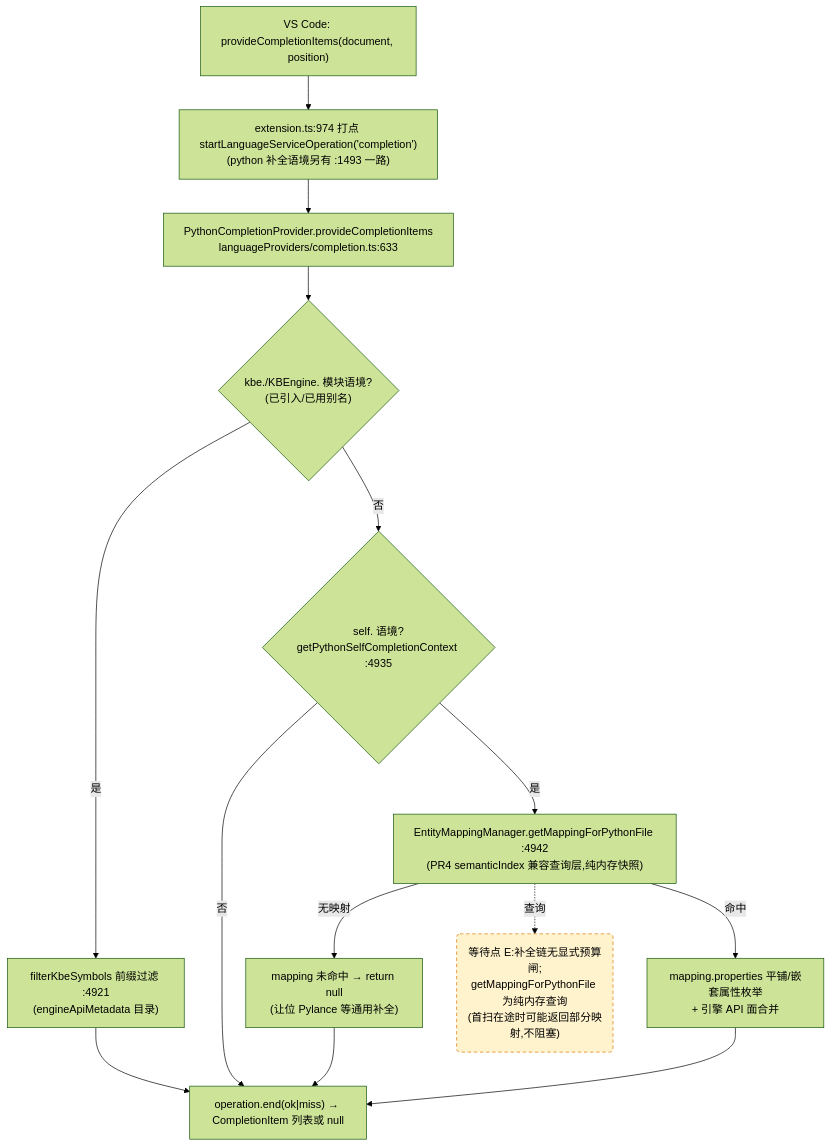
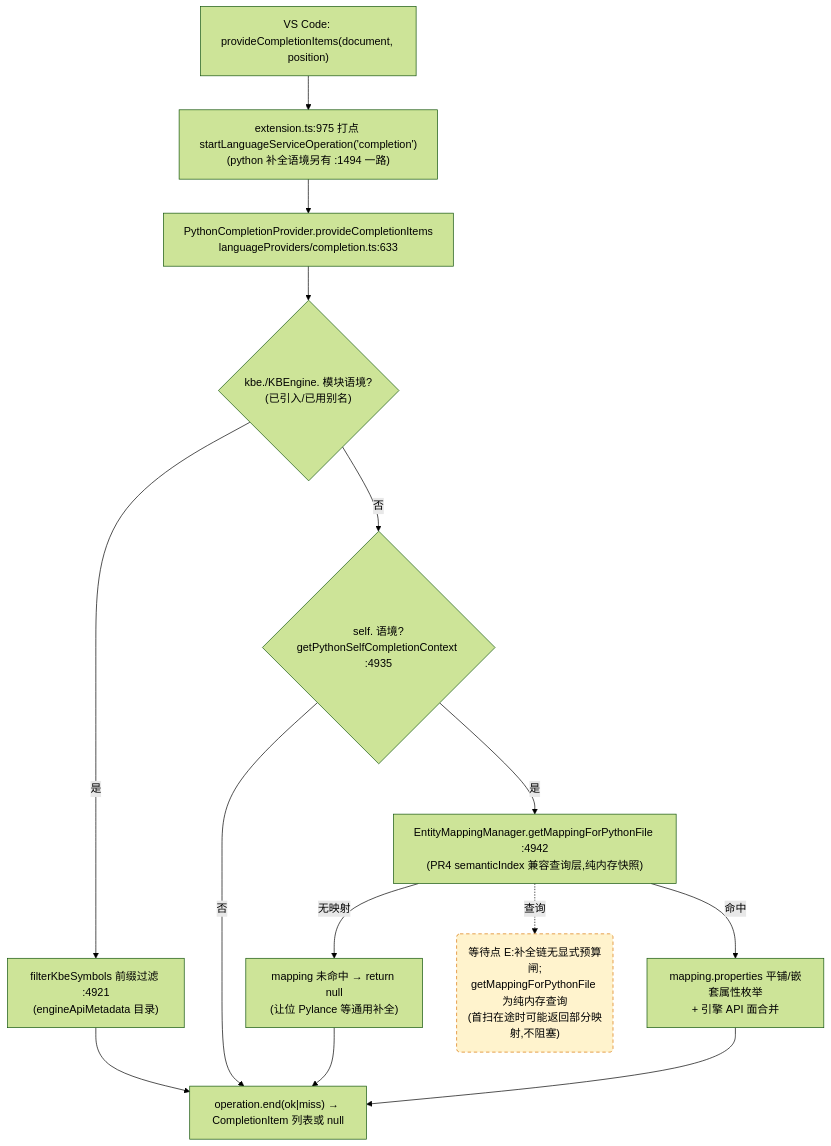
Before and after one commit to cuihairu/kode: the third of 4 diagrams in docs/perf/2026-baseline.md, drawn with Mermaid (forest theme). The commit also changed other lines of this file and 3 other files, not shown here.

````diff
--- a/docs/perf/2026-baseline.md
+++ b/docs/perf/2026-baseline.md
@@ -184,27 +184,27 @@
 ```mermaid
 flowchart TD
   VC3["VS Code: provideCompletionItems(document, position)"]
-  M3["extension.ts:974 打点 startLanguageServiceOperation('completion')<br/>(python 补全语境另有 :1493 一路)"]
+  M3["extension.ts:975 打点 startLanguageServiceOperation('completion')<br/>(python 补全语境另有 :1494 一路)"]
   CP["PythonCompletionProvider.provideCompletionItems<br/>languageProviders/completion.ts:633"]
   KBEC{"kbe./KBEngine. 模块语境?<br/>(已引入/已用别名)"}
   FILTER["filterKbeSymbols 前缀过滤 :4921<br/>(engineApiMetadata 目录)"]
   SELFC{"self. 语境?<br/>getPythonSelfCompletionContext :4935"}
   MAP["EntityMappingManager.getMappingForPythonFile :4942<br/>(PR4 semanticIndex 兼容查询层,纯内存快照)"]
   NOMAP["mapping 未命中 → return null<br/>(让位 Pylance 等通用补全)"]
   PROPS["mapping.properties 平铺/嵌套属性枚举<br/>+ 引擎 API 面合并"]
   END3["operation.end(ok|miss) → CompletionItem 列表或 null"]
 
   VC3 --> M3 --> CP --> KBEC
   KBEC -- "是" --> FILTER --> END3
   KBEC -- "否" --> SELFC
   SELFC -- "否" --> END3
   SELFC -- "是" --> MAP
   MAP -- "无映射" --> NOMAP --> END3
   MAP -- "命中" --> PROPS --> END3
 
   WAITE("等待点 E:补全链无显式预算闸;<br/>getMappingForPythonFile 为纯内存查询<br/>(首扫在途时可能返回部分映射,不阻塞)")
   MAP -.->|查询| WAITE
 
   classDef waitPoint fill:#fff3cd,stroke:#d97706,stroke-dasharray:5 4;
   class WAITE waitPoint;
 ```
````
